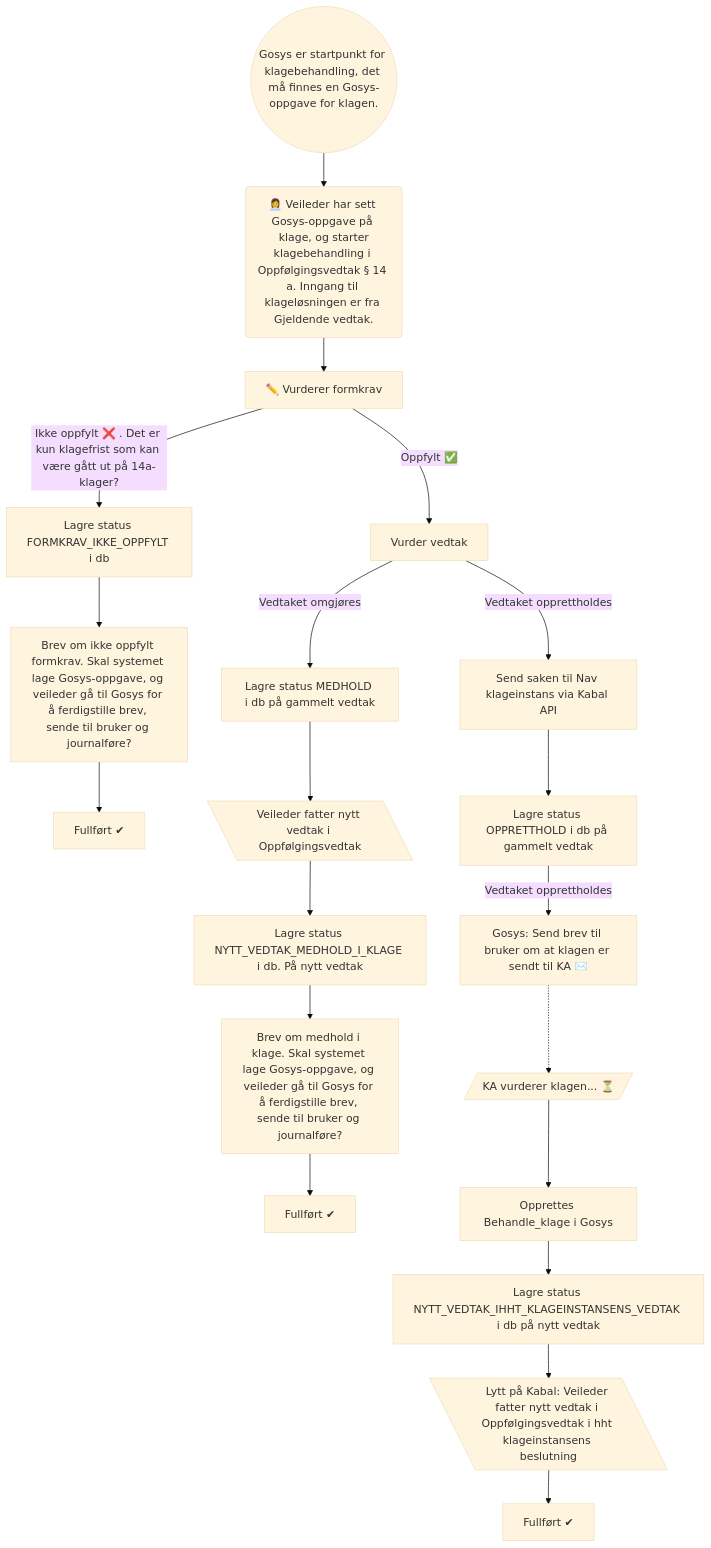
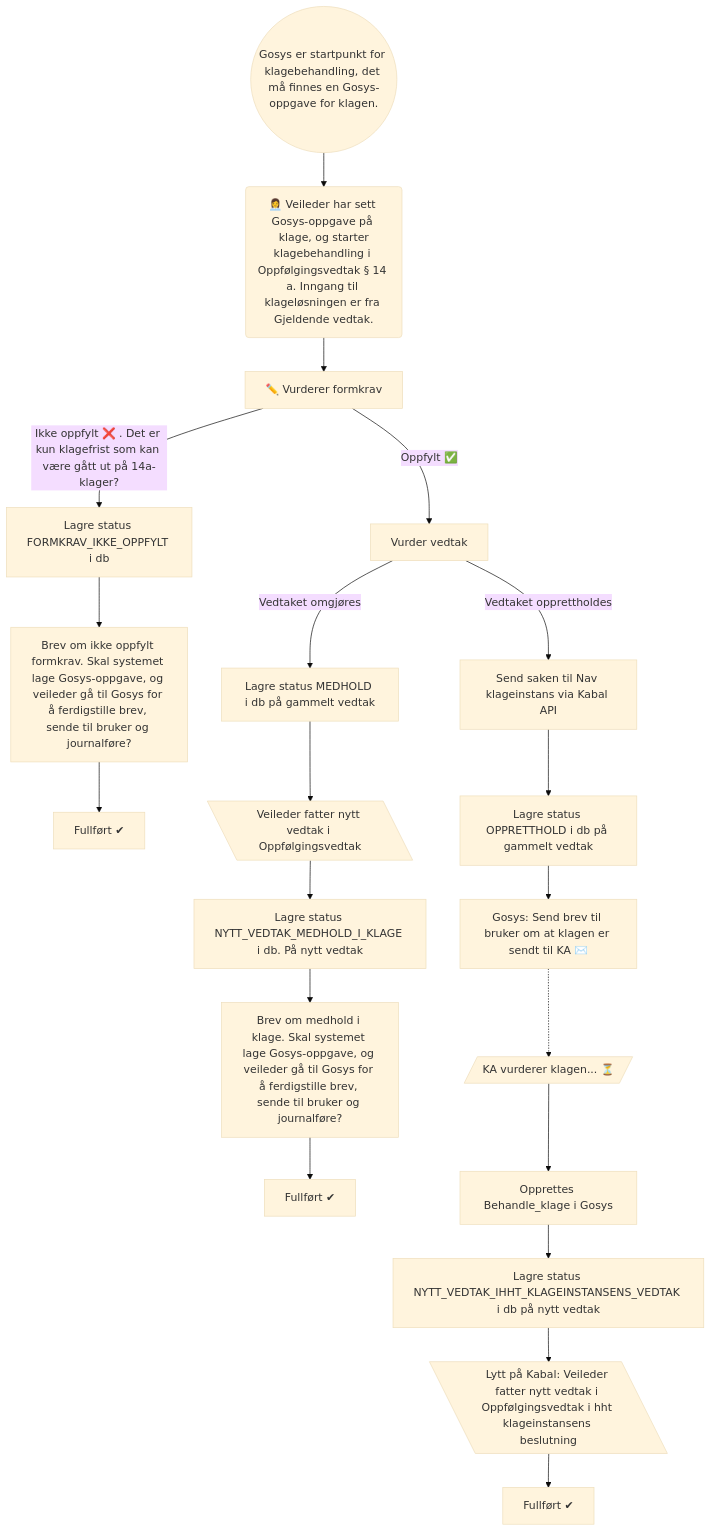
Before and after one commit to navikt/veilarboppgave: the diagram in skisse_klage.md, drawn with Mermaid (base theme).

Commit message:
Fix formatting in skisse_klage.md

````diff
--- a/skisse_klage.md
+++ b/skisse_klage.md
@@ -1,56 +1,56 @@
 ```mermaid
 flowchart TD
 
 start((Gosys er startpunkt for klagebehandling, det må finnes en Gosys-oppgave for klagen.))
     --> klageStart
 
 klageStart(👩‍💼 Veileder har sett Gosys-oppgave på klage, og starter
 klagebehandling i Oppfølgingsvedtak § 14 a. Inngang til klageløsningen er fra Gjeldende vedtak.)
     --> formkrav
 
 formkrav[✏️ Vurderer formkrav]
 
 formkrav -->|Ikke oppfylt ❌ . Det er kun klagefrist som kan være gått ut på 14a-klager? | lagringIOF
 
 lagringIOF[Lagre status FORMKRAV_IKKE_OPPFYLT i db]
     --> brevIOF
 
 brevIOF[Brev om ikke oppfylt formkrav. Skal systemet lage Gosys-oppgave, og veileder gå til Gosys for å ferdigstille brev, sende til bruker og journalføre?]
     --> fullførtIOF
 
 fullførtIOF[Fullført ✔︎]
 fullførtMH[Fullført ✔︎]
 fullførtOPH[Fullført ✔︎]
 
 
 
 formkrav -->|Oppfylt ✅ | vedtak
 
 vedtak[Vurder vedtak]
 
 vedtak -->|Vedtaket omgjøres| lagringMH
 
 lagringMH[Lagre status MEDHOLD i db på gammelt vedtak] --> nyttVedtakMH
 nyttVedtakMH[\Veileder fatter nytt vedtak i Oppfølgingsvedtak\] --> lagringNyttVedtakMH
 lagringNyttVedtakMH[Lagre status NYTT_VEDTAK_MEDHOLD_I_KLAGE i db. På nytt vedtak] --> brevMH
 brevMH[Brev om medhold i klage. Skal systemet lage Gosys-oppgave, og veileder gå til Gosys for å ferdigstille brev, sende til bruker og journalføre?]
     --> fullførtMH
 
 vedtak -->|Vedtaket opprettholdes| sendTilKabal
 sendTilKabal[Send saken til Nav klageinstans via Kabal API] --> lagringOPH
 
 lagringOPH[Lagre status OPPRETTHOLD i db på gammelt vedtak]
-    -->|Vedtaket opprettholdes| kaBrev
+    --> kaBrev
 
 kaBrev[Gosys: Send brev til bruker om at klagen er sendt til KA ✉️]
     -.-> kaVurderer
 
 kaVurderer[/KA vurderer klagen... ⏳/]
     --> opprettOppgave
 
 opprettOppgave[Opprettes Behandle_klage i Gosys] --> lagringNyttVedtakOPH
 
 lagringNyttVedtakOPH[Lagre status NYTT_VEDTAK_IHHT_KLAGEINSTANSENS_VEDTAK i db på nytt vedtak] --> nyttVedtakOPH
 nyttVedtakOPH[\Lytt på Kabal: Veileder fatter nytt vedtak i Oppfølgingsvedtak i hht klageinstansens beslutning\] --> fullførtOPH
 
 ```
````
